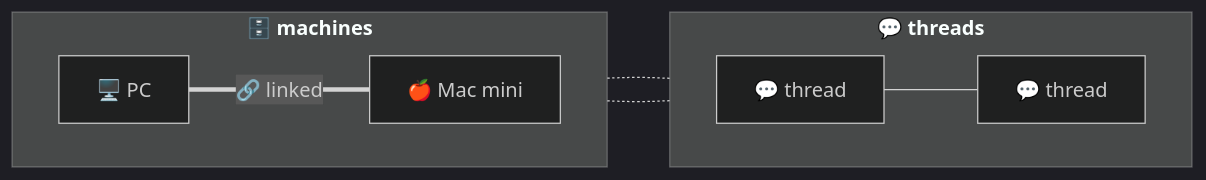
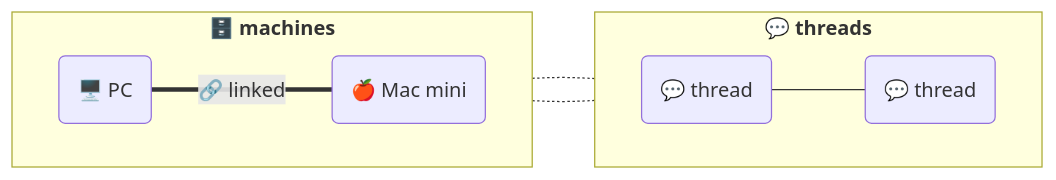
Before and after one commit to sayjeyhi/talks: the tenth of 13 diagrams in presentations/oh-my-harness/slides.md, drawn with Mermaid. The commit also changed other lines of this file and 16 other files, not shown here.

````diff
--- a/presentations/oh-my-harness/slides.md
+++ b/presentations/oh-my-harness/slides.md
@@ -1727,14 +1613,13 @@
 ```mermaid
-%%{init: {"theme": "dark"}}%%
 flowchart LR
     subgraph machines["<b>🗄️ machines</b>"]
         direction LR
-        pc["🖥️ PC"] ===|🔗 linked| mini["🍎 Mac mini"]
+        pc("🖥️ PC") ===|🔗 linked| mini("🍎 Mac mini")
     end
     subgraph threads["<b>💬 threads</b>"]
         direction LR
-        t1["💬 thread"] --- t2["💬 thread"]
+        t1("💬 thread") --- t2("💬 thread")
     end
     pc -.- t1
     mini -.- t2
 ```
````
